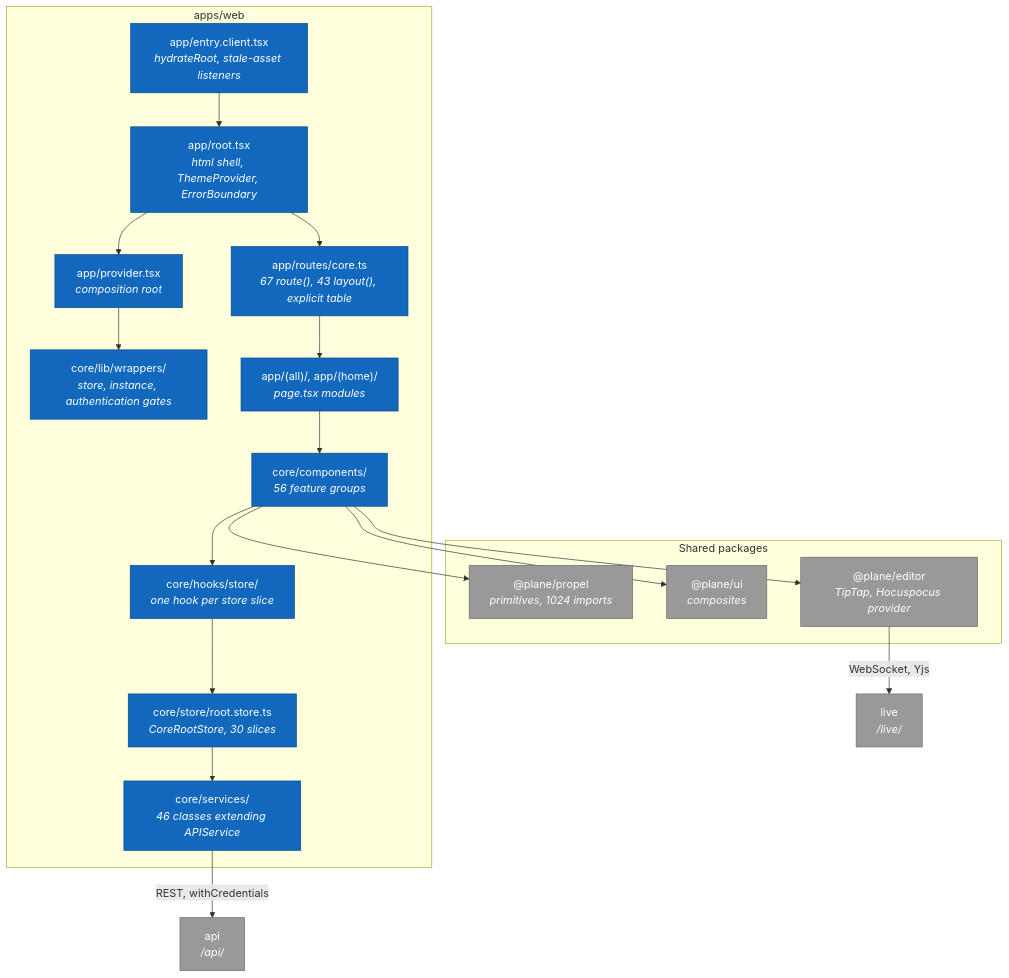
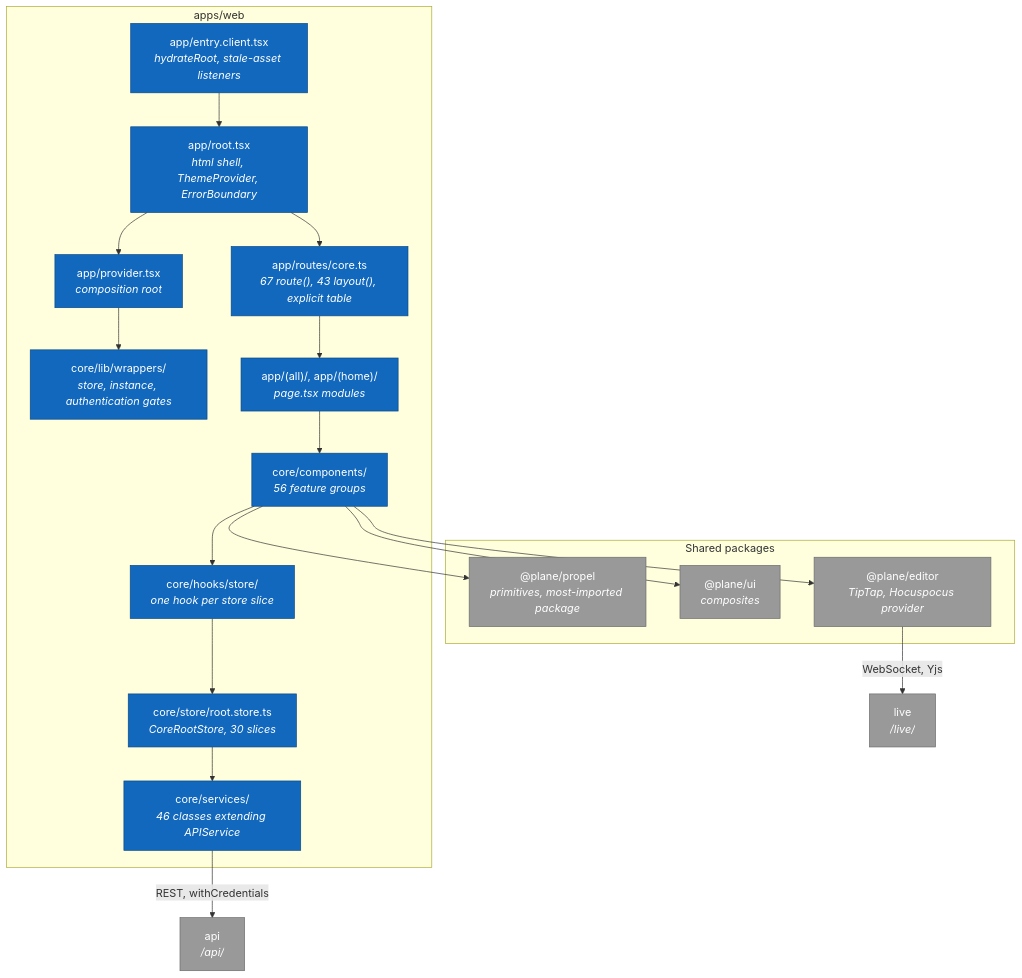
Before and after one commit to psarma89/plane: the diagram in docs/architecture/c4/components/02-web-component-map.md, drawn with Mermaid. The commit also changed other lines of this file and 10 other files, not shown here.

````diff
--- a/docs/architecture/c4/components/02-web-component-map.md
+++ b/docs/architecture/c4/components/02-web-component-map.md
@@ -11,45 +11,45 @@
 ```mermaid
 flowchart TB
     subgraph c["apps/web"]
         entry["app/entry.client.tsx<br/><i>hydrateRoot, stale-asset listeners</i>"]
         root["app/root.tsx<br/><i>html shell, ThemeProvider, ErrorBoundary</i>"]
         routes["app/routes/core.ts<br/><i>67 route(), 43 layout(), explicit table</i>"]
         provider["app/provider.tsx<br/><i>composition root</i>"]
         wrappers["core/lib/wrappers/<br/><i>store, instance, authentication gates</i>"]
         pages["app/(all)/, app/(home)/<br/><i>page.tsx modules</i>"]
         components["core/components/<br/><i>56 feature groups</i>"]
         hooks["core/hooks/store/<br/><i>one hook per store slice</i>"]
         store["core/store/root.store.ts<br/><i>CoreRootStore, 30 slices</i>"]
         services["core/services/<br/><i>46 classes extending APIService</i>"]
     end
 
     subgraph pkg["Shared packages"]
-        propel["@plane/propel<br/><i>primitives, 1024 imports</i>"]
+        propel["@plane/propel<br/><i>primitives, most-imported package</i>"]
         ui["@plane/ui<br/><i>composites</i>"]
         editor["@plane/editor<br/><i>TipTap, Hocuspocus provider</i>"]
     end
 
     api["api<br/><i>/api/</i>"]
     live["live<br/><i>/live/</i>"]
 
     entry --> root
     root --> routes
     root --> provider
     provider --> wrappers
     routes --> pages
     pages --> components
     components --> hooks
     hooks --> store
     store --> services
     services -->|"REST, withCredentials"| api
 
     components --> propel
     components --> ui
     components --> editor
     editor -->|"WebSocket, Yjs"| live
 
     classDef container fill:#1168bd,stroke:#0b4884,color:#ffffff
     classDef ext fill:#999999,stroke:#6b6b6b,color:#ffffff
     class entry,root,routes,provider,wrappers,pages,components,hooks,store,services container
     class propel,ui,editor,api,live ext
 ```
````
